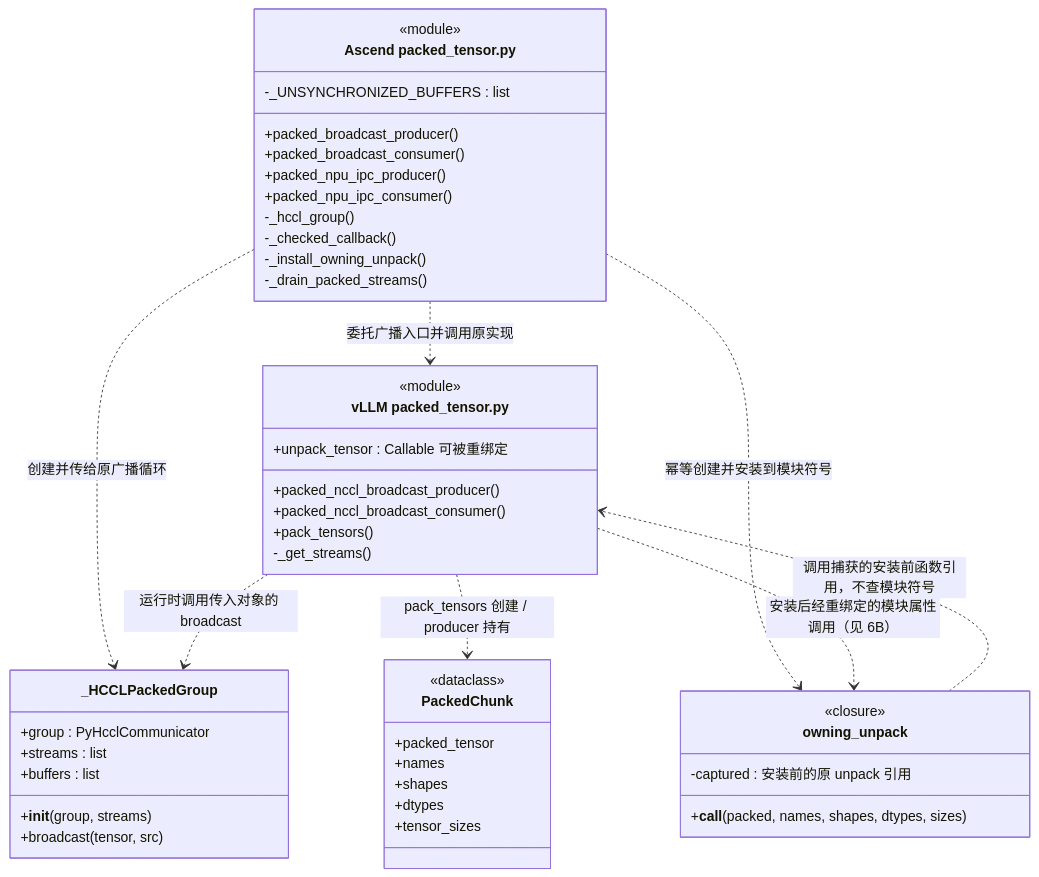
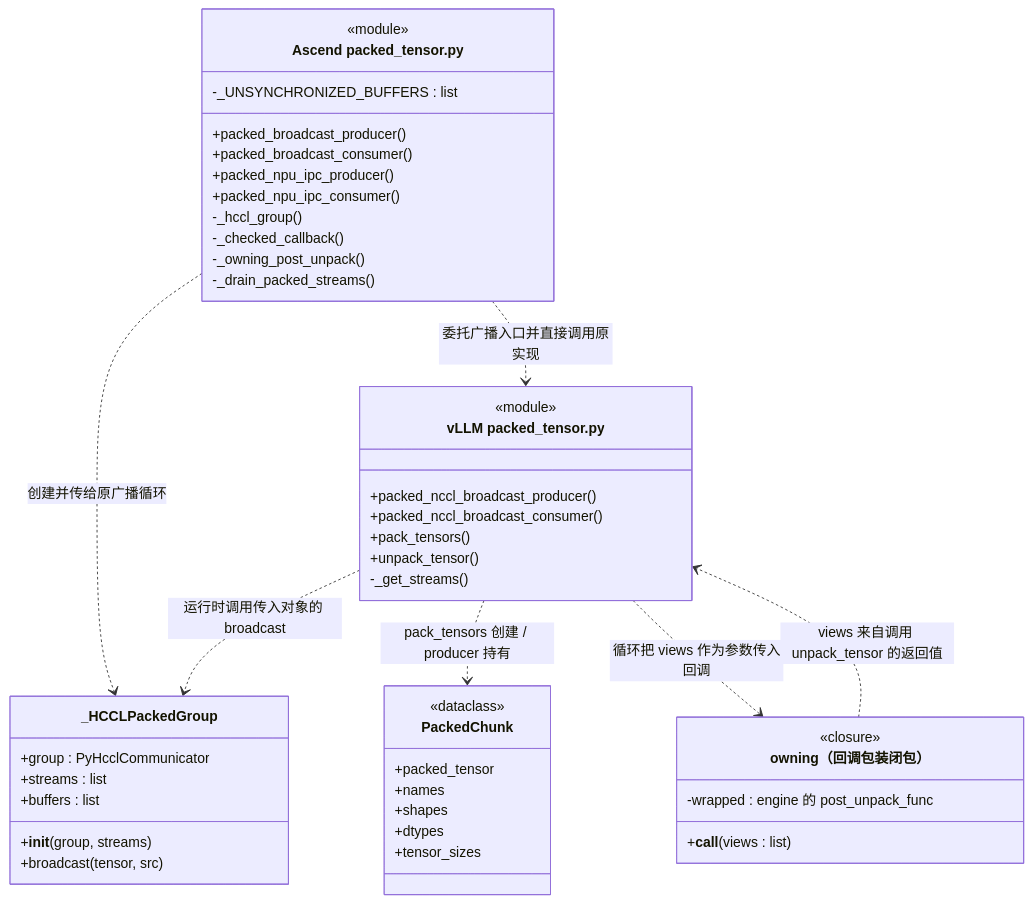
One commit to Liccol/ref-doc changed the eighth of 9 diagrams in vllm/weight-transfer/packed-tensor-design.md. Above: the diagram before and after it, drawn with Mermaid. The commit also changed other lines of this file and 3 other files, not shown here.

First line of the commit message:
docs: redesign owning storage via post-unpack wrapper v1.0.7

````diff
--- a/vllm/weight-transfer/packed-tensor-design.md
+++ b/vllm/weight-transfer/packed-tensor-design.md
@@ -346,51 +339,50 @@
 ```mermaid
 classDiagram
     direction TB
     class AscendPacked["Ascend packed_tensor.py"] {
         <<module>>
         +packed_broadcast_producer()
         +packed_broadcast_consumer()
         +packed_npu_ipc_producer()
         +packed_npu_ipc_consumer()
         -_hccl_group()
         -_checked_callback()
-        -_install_owning_unpack()
+        -_owning_post_unpack()
         -_drain_packed_streams()
         -_UNSYNCHRONIZED_BUFFERS : list
     }
     class VllmPacked["vLLM packed_tensor.py"] {
         <<module>>
         +packed_nccl_broadcast_producer()
         +packed_nccl_broadcast_consumer()
         +pack_tensors()
-        +unpack_tensor : Callable 可被重绑定
+        +unpack_tensor()
         -_get_streams()
     }
     class HCCLGroup["_HCCLPackedGroup"] {
         +group : PyHcclCommunicator
         +streams : list
         +buffers : list
         +__init__(group, streams)
         +broadcast(tensor, src)
     }
     class Chunk["PackedChunk"] {
         <<dataclass>>
         +packed_tensor
         +names
         +shapes
         +dtypes
         +tensor_sizes
     }
-    class Owning["owning_unpack"] {
+    class Owning["owning（回调包装闭包）"] {
         <<closure>>
-        -captured : 安装前的原 unpack 引用
-        +__call__(packed, names, shapes, dtypes, sizes)
+        -wrapped : engine 的 post_unpack_func
+        +__call__(views : list)
     }
-    AscendPacked ..> VllmPacked : 委托广播入口并调用原实现
+    AscendPacked ..> VllmPacked : 委托广播入口并直接调用原实现
     AscendPacked ..> HCCLGroup : 创建并传给原广播循环
     VllmPacked ..> HCCLGroup : 运行时调用传入对象的 broadcast
     VllmPacked ..> Chunk : pack_tensors 创建 / producer 持有
-    AscendPacked ..> Owning : 幂等创建并安装到模块符号
-    VllmPacked ..> Owning : 安装后经重绑定的模块属性调用（见 6B）
-    Owning ..> VllmPacked : 调用捕获的安装前函数引用，不查模块符号
+    VllmPacked ..> Owning : 循环把 views 作为参数传入回调
+    Owning ..> VllmPacked : views 来自调用 unpack_tensor 的返回值
 ```
````
